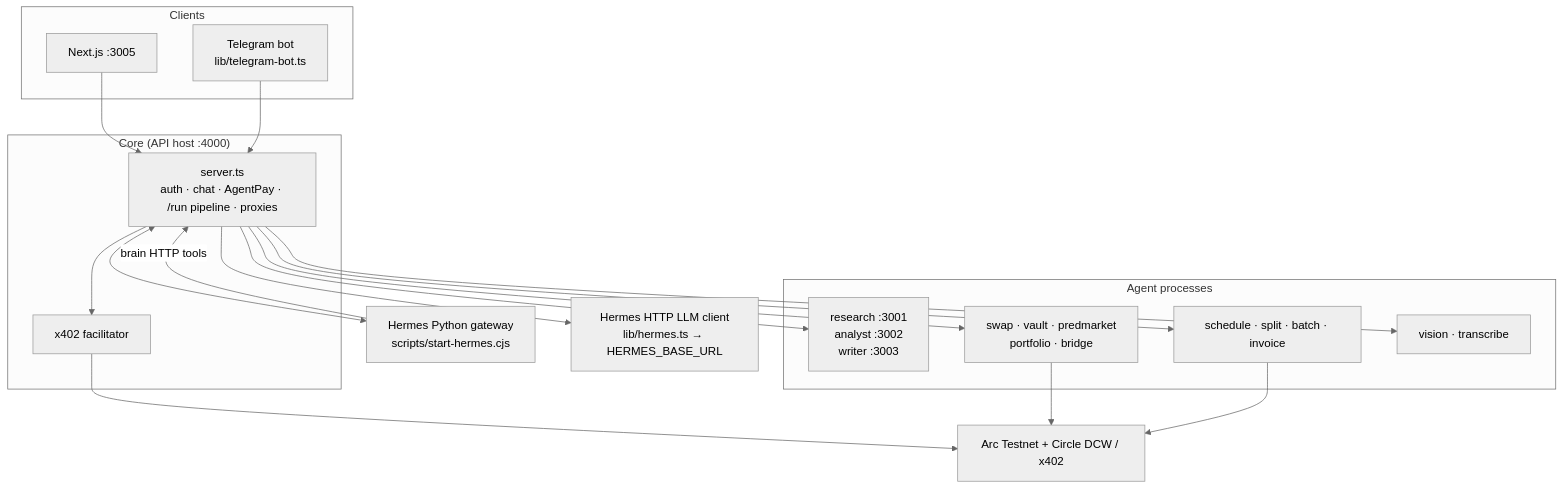
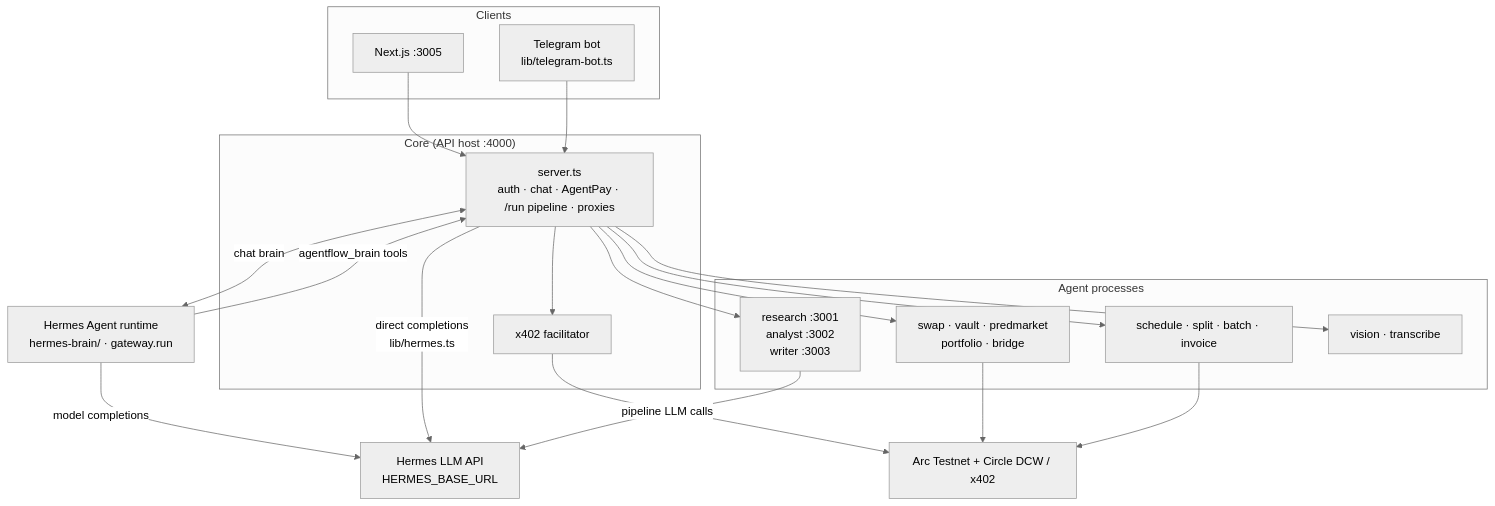
Before and after one commit to Snehal707/Agentflow: the second of 4 diagrams in README.md, drawn with Mermaid (neutral theme). The commit also changed other lines of this file, not shown here.

First line of the commit message:
Clarify Hermes Agent runtime vs Hermes LLM model layers.

````diff
--- a/README.md
+++ b/README.md
@@ -37,38 +62,40 @@
 ```mermaid
 flowchart TB
   subgraph Clients
     Web["Next.js :3005"]
     Tg["Telegram bot\nlib/telegram-bot.ts"]
   end
 
   subgraph Core["Core (API host :4000)"]
     API["server.ts\nauth · chat · AgentPay · /run pipeline · proxies"]
     Fac["x402 facilitator"]
   end
 
-  HermesGw["Hermes Python gateway\nscripts/start-hermes.cjs"]
-  HermesLLM["Hermes HTTP LLM client\nlib/hermes.ts → HERMES_BASE_URL"]
+  HermesAgent["Hermes Agent runtime\nhermes-brain/ · gateway.run"]
+  HermesLLM["Hermes LLM API\nHERMES_BASE_URL"]
 
   subgraph Agents["Agent processes"]
     RAW["research :3001\nanalyst :3002\nwriter :3003"]
     DeFi["swap · vault · predmarket\nportfolio · bridge"]
     Pay["schedule · split · batch · invoice"]
     Media["vision · transcribe"]
   end
 
   Arc["Arc Testnet + Circle DCW / x402"]
 
   Web --> API
   Tg --> API
-  API <--> HermesGw
-  HermesGw -->|"brain HTTP tools"| API
-  API --> HermesLLM
+  API <-->|"chat brain"| HermesAgent
+  HermesAgent -->|"model completions"| HermesLLM
+  HermesAgent -->|"agentflow_brain tools"| API
+  API -->|"direct completions\nlib/hermes.ts"| HermesLLM
+  RAW -->|"pipeline LLM calls"| HermesLLM
   API --> Fac
   API --> RAW
   API --> DeFi
   API --> Pay
   API --> Media
   Fac --> Arc
   DeFi --> Arc
   Pay --> Arc
 ```
````
